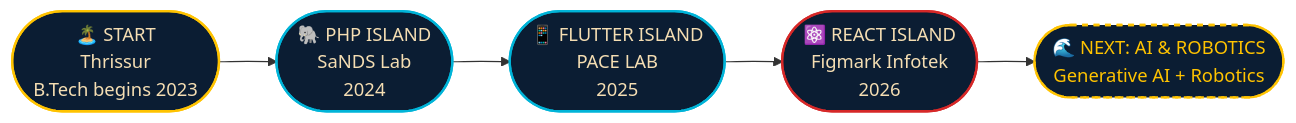
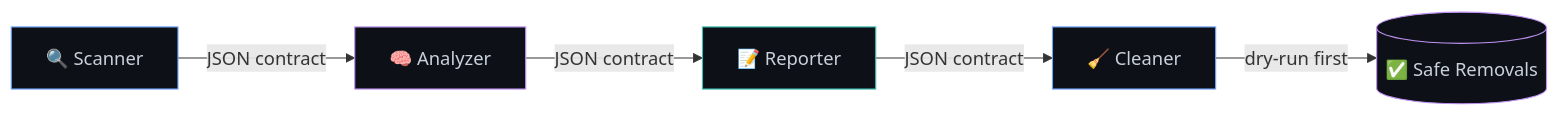
The diagram in README.md (Ashwinmv123/Ashwinmv123), drawn with Mermaid before and after one commit. The commit also changed other lines of this file, not shown here.

````diff
--- a/README.md
+++ b/README.md
@@ -298,12 +182,12 @@
 ```mermaid
 flowchart LR
-    A([🏝️ START<br/>Thrissur<br/>B.Tech begins 2023]) --> B([🐘 PHP ISLAND<br/>SaNDS Lab<br/>2024])
-    B --> C([📱 FLUTTER ISLAND<br/>PACE LAB<br/>2025])
-    C --> D([⚛️ REACT ISLAND<br/>Figmark Infotek<br/>2026])
-    D --> E([🌊 NEXT: AI & ROBOTICS<br/>Generative AI + Robotics])
-    style A fill:#0b1d33,stroke:#FFC300,stroke-width:2px,color:#F5DEB3
-    style B fill:#0b1d33,stroke:#00B4D8,stroke-width:2px,color:#F5DEB3
-    style C fill:#0b1d33,stroke:#00B4D8,stroke-width:2px,color:#F5DEB3
-    style D fill:#0b1d33,stroke:#D62828,stroke-width:2px,color:#F5DEB3
-    style E fill:#0b1d33,stroke:#FFC300,stroke-dasharray:5 5,stroke-width:2px,color:#FFC300
+    A[🔍 Scanner] -->|JSON contract| B[🧠 Analyzer]
+    B -->|JSON contract| C[📝 Reporter]
+    C -->|JSON contract| D[🧹 Cleaner]
+    D -->|dry-run first| E[(✅ Safe Removals)]
+    style A fill:#0d1117,stroke:#70a5fd,color:#c9d1d9
+    style B fill:#0d1117,stroke:#bf91f3,color:#c9d1d9
+    style C fill:#0d1117,stroke:#38bdae,color:#c9d1d9
+    style D fill:#0d1117,stroke:#70a5fd,color:#c9d1d9
+    style E fill:#0d1117,stroke:#bf91f3,color:#c9d1d9
 ```
````
